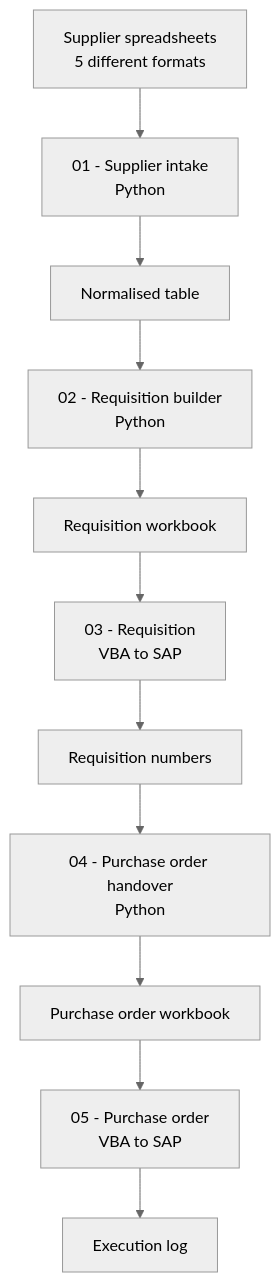
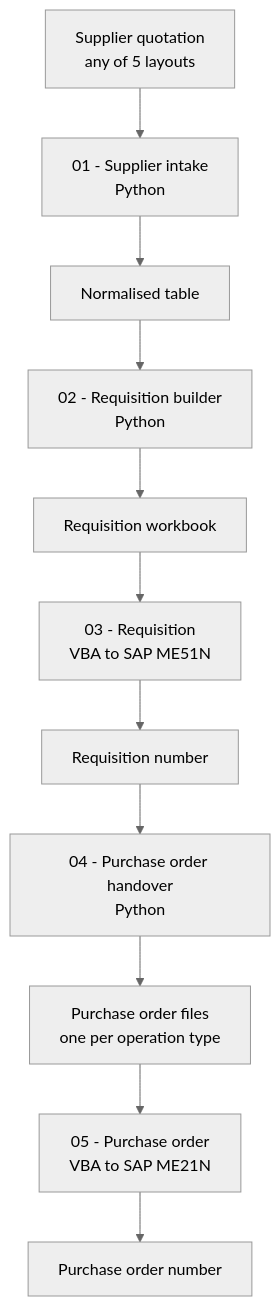
Before and after one commit to lucasnunesf/sap-automation: the diagram in README.md, drawn with Mermaid (neutral theme). The commit also changed other lines of this file, not shown here.

````diff
--- a/README.md
+++ b/README.md
@@ -49,13 +49,13 @@
 ```mermaid
 flowchart TD
-    A[Supplier spreadsheets<br/>5 different formats] --> B[01 - Supplier intake<br/>Python]
+    A[Supplier quotation<br/>any of 5 layouts] --> B[01 - Supplier intake<br/>Python]
     B --> C[Normalised table]
     C --> D[02 - Requisition builder<br/>Python]
     D --> E[Requisition workbook]
-    E --> F[03 - Requisition<br/>VBA to SAP]
-    F --> G[Requisition numbers]
+    E --> F[03 - Requisition<br/>VBA to SAP ME51N]
+    F --> G[Requisition number]
     G --> H[04 - Purchase order handover<br/>Python]
-    H --> I[Purchase order workbook]
-    I --> J[05 - Purchase order<br/>VBA to SAP]
-    J --> K[Execution log]
+    H --> I[Purchase order files<br/>one per operation type]
+    I --> J[05 - Purchase order<br/>VBA to SAP ME21N]
+    J --> K[Purchase order number]
 ```
````
